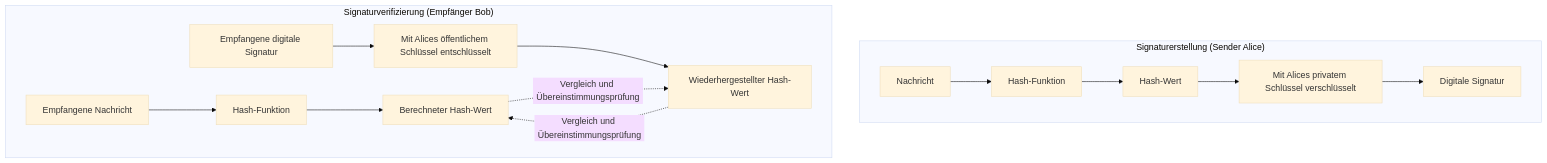
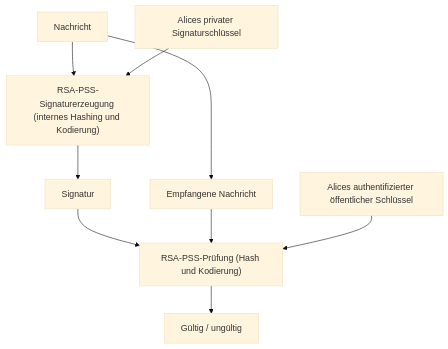
The second of 3 diagrams in content/post/modern-cryptography-public-key-hash-signature/index.de.md (kenjinote/blog), drawn with Mermaid (base theme) before and after one commit. The commit also changed other lines of this file and 5 other files, not shown here.

````diff
--- a/content/post/modern-cryptography-public-key-hash-signature/index.de.md
+++ b/content/post/modern-cryptography-public-key-hash-signature/index.de.md
@@ -231,20 +217,11 @@
 ```mermaid
 graph TD
-    subgraph "Signaturerstellung (Sender Alice)"
-        M1["Nachricht"] --> H1["Hash-Funktion"]
-        H1 --> Hash1["Hash-Wert"]
-        Hash1 --> Sign["Mit Alices privatem Schlüssel verschlüsselt"]
-        Sign --> Sig["Digitale Signatur"]
-    end
-
-    subgraph "Signaturverifizierung (Empfänger Bob)"
-        M2["Empfangene Nachricht"] --> H2["Hash-Funktion"]
-        H2 --> Hash2["Berechneter Hash-Wert"]
-        
-        Sig2["Empfangene digitale Signatur"] --> Ver["Mit Alices öffentlichem Schlüssel entschlüsselt"]
-        Ver --> Hash3["Wiederhergestellter Hash-Wert"]
-        
-        Hash2 -.->|"Vergleich und Übereinstimmungsprüfung"| Hash3
-        Hash3 -.->|"Vergleich und Übereinstimmungsprüfung"| Hash2
-    end
+    M["Nachricht"] --> S["RSA-PSS-Signaturerzeugung (internes Hashing und Kodierung)"]
+    SK["Alices privater Signaturschlüssel"] --> S
+    S --> SIG["Signatur"]
+    M --> RM["Empfangene Nachricht"]
+    SIG --> V["RSA-PSS-Prüfung (Hash und Kodierung)"]
+    RM --> V
+    PK["Alices authentifizierter öffentlicher Schlüssel"] --> V
+    V --> R["Gültig / ungültig"]
 ```
````
